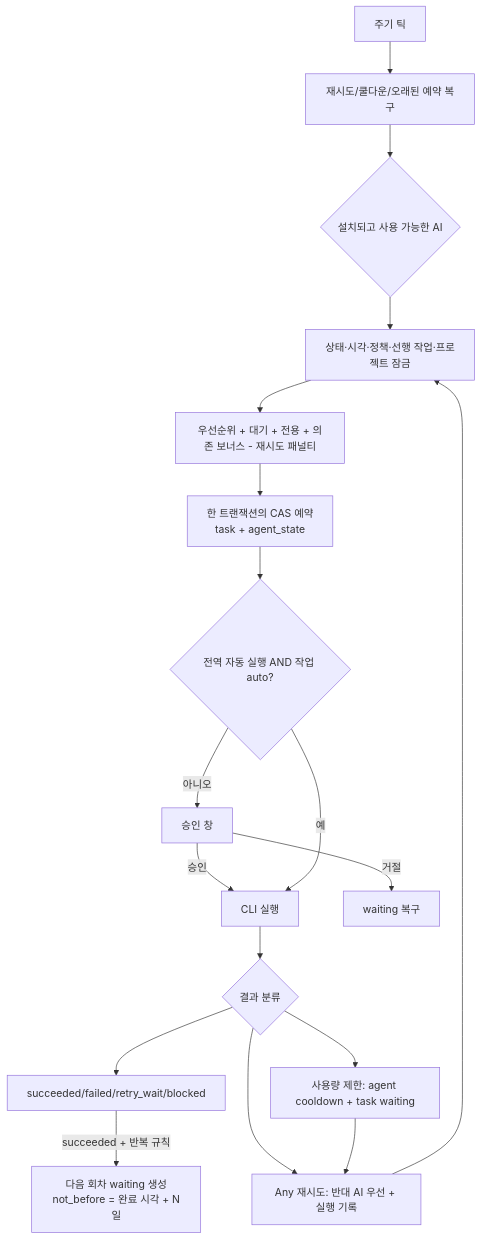
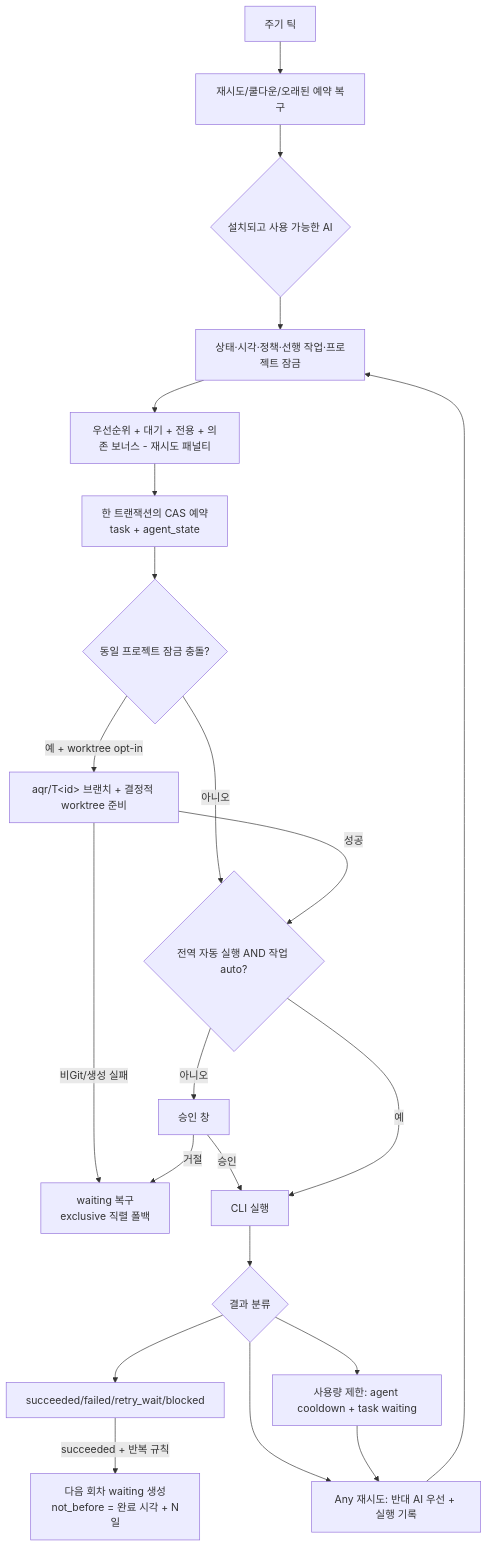
One commit to jasonwpgml/AQR changed the fourth of 4 diagrams in ai-queue-runner/docs/ARCHITECTURE.md. Above: the diagram before and after it, drawn with Mermaid. The commit also changed other lines of this file and 28 other files, not shown here.

````diff
--- a/ai-queue-runner/docs/ARCHITECTURE.md
+++ b/ai-queue-runner/docs/ARCHITECTURE.md
@@ -162,20 +175,24 @@
 ```mermaid
 flowchart TD
     TICK[주기 틱] --> MAINT[재시도/쿨다운/오래된 예약 복구]
     MAINT --> AG{설치되고 사용 가능한 AI}
     AG --> FILTER[상태·시각·정책·선행 작업·프로젝트 잠금]
     FILTER --> SCORE[우선순위 + 대기 + 전용 + 의존 보너스 - 재시도 패널티]
     SCORE --> CAS[한 트랜잭션의 CAS 예약\ntask + agent_state]
-    CAS --> APPROVE{전역 자동 실행 AND 작업 auto?}
+    CAS --> ISOLATE{동일 프로젝트 잠금 충돌?}
+    ISOLATE -- 아니오 --> APPROVE
+    ISOLATE -- "예 + worktree opt-in" --> PREP[aqr/T&lt;id&gt; 브랜치 + 결정적 worktree 준비]
+    PREP -- 성공 --> APPROVE{전역 자동 실행 AND 작업 auto?}
+    PREP -- 비Git/생성 실패 --> WAIT[waiting 복구\nexclusive 직렬 폴백]
     APPROVE -- 아니오 --> USER[승인 창]
     USER -- 승인 --> RUN
-    USER -- 거절 --> WAIT[waiting 복구]
+    USER -- 거절 --> WAIT
     APPROVE -- 예 --> RUN[CLI 실행]
     RUN --> RESULT{결과 분류}
     RESULT --> DONE[succeeded/failed/retry_wait/blocked]
     DONE -->|succeeded + 반복 규칙| NEXT[다음 회차 waiting 생성\nnot_before = 완료 시각 + N일]
     RESULT --> LIMIT[사용량 제한: agent cooldown + task waiting]
     RESULT --> FALLBACK[Any 재시도: 반대 AI 우선 + 실행 기록]
     FALLBACK --> FILTER
     LIMIT --> FALLBACK
 ```
````
